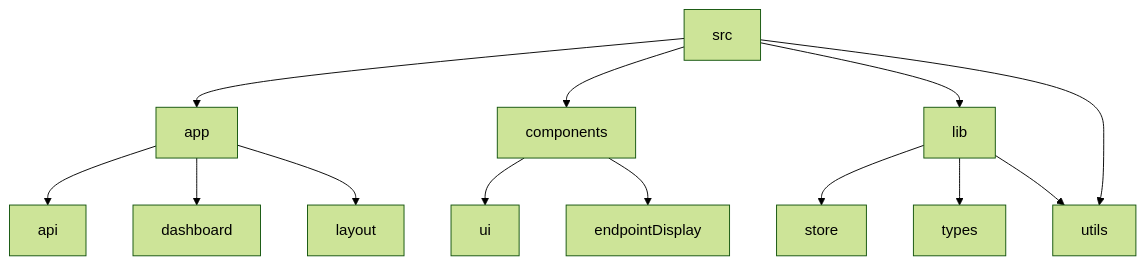
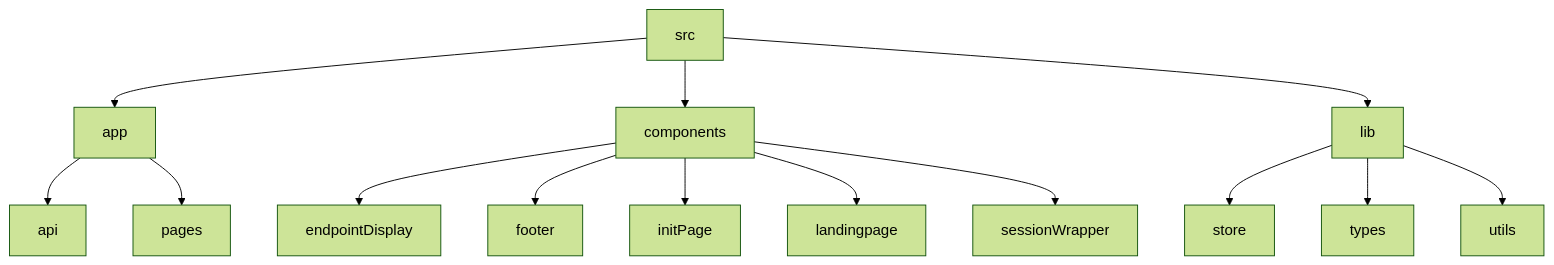
Before and after one commit to abhraneeldhar7/no-sleep-app: the diagram in README.md, drawn with Mermaid (forest theme). The commit also changed other lines of this file, not shown here.

````diff
--- a/README.md
+++ b/README.md
@@ -27,15 +26,16 @@
 ```mermaid
 graph TD;
-src-->app;
-src-->components;
-src-->lib;
-src-->utils;
-app-->api;
-app-->dashboard;
-app-->layout;
-components-->ui;
-components-->endpointDisplay;
-lib-->store;
-lib-->types;
-lib-->utils;
+  src-->app;
+  src-->components;
+  src-->lib;
+  app-->api;
+  app-->pages;
+  components-->endpointDisplay;
+  components-->footer;
+  components-->initPage;
+  components-->landingpage;
+  components-->sessionWrapper;
+  lib-->store;
+  lib-->types;
+  lib-->utils;
 ```
````
